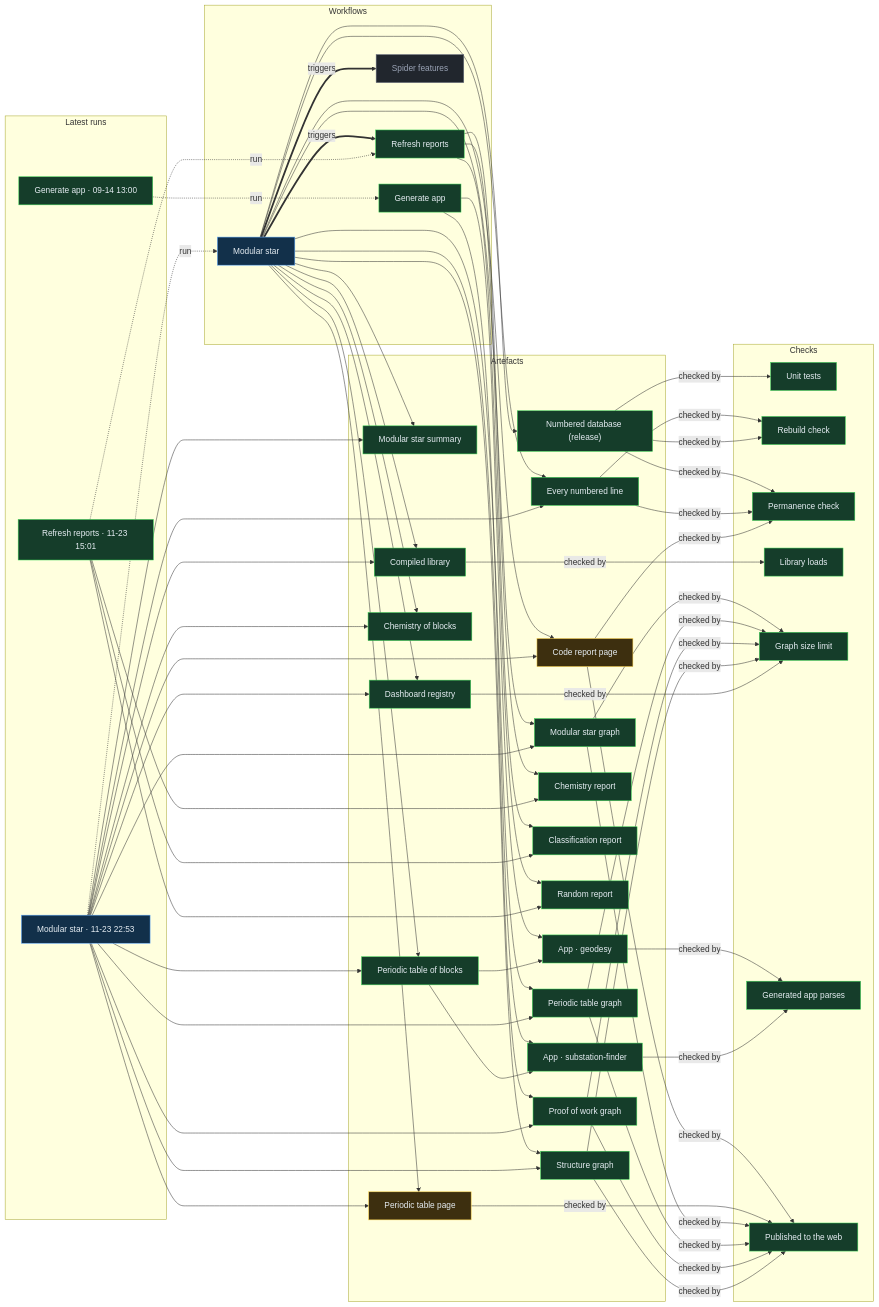
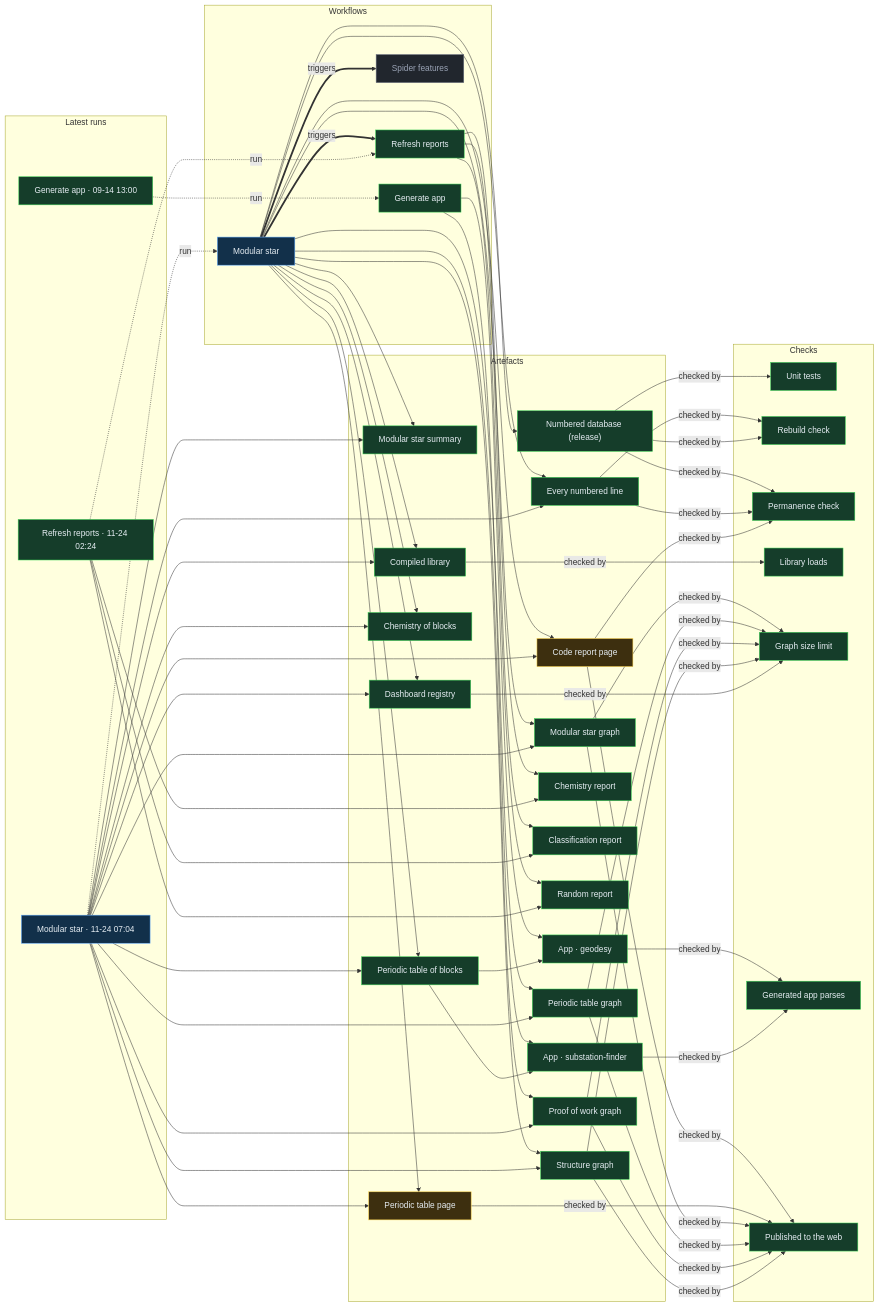
The diagram in proof/PROOF.md (Ventusltd/stars), drawn with Mermaid before and after one commit. The commit also changed other lines of this file and 68 other files, not shown here.

Commit message:
Modular star 2026-11-24T07:07Z

```diff
--- a/proof/PROOF.md
+++ b/proof/PROOF.md
@@ -24,8 +24,8 @@
   n_wf_spider_features["Spider features"]:::off
   end
   subgraph g_runs["Latest runs"]
-  n_run_45283924493["Modular star · 11-23 22:53"]:::live
-  n_run_45200555552["Refresh reports · 11-23 15:01"]:::ok
+  n_run_45345161452["Modular star · 11-24 07:04"]:::live
+  n_run_45312154422["Refresh reports · 11-24 02:24"]:::ok
   n_run_34846587798["Generate app · 09-14 13:00"]:::ok
   end
   subgraph g_artefacts["Artefacts"]
@@ -59,39 +59,39 @@
   end
   n_wf_modular_star == triggers ==> n_wf_refresh
   n_wf_modular_star == triggers ==> n_wf_spider_features
-  n_run_45283924493 -. run .-> n_wf_modular_star
-  n_run_45200555552 -. run .-> n_wf_refresh
+  n_run_45345161452 -. run .-> n_wf_modular_star
+  n_run_45312154422 -. run .-> n_wf_refresh
   n_run_34846587798 -. run .-> n_wf_generate
   n_wf_modular_star --> n_art_summary
-  n_run_45283924493 --> n_art_summary
+  n_run_45345161452 --> n_art_summary
   n_wf_modular_star --> n_art_lines
-  n_run_45283924493 --> n_art_lines
+  n_run_45345161452 --> n_art_lines
   n_wf_modular_star --> n_art_code
-  n_run_45283924493 --> n_art_code
+  n_run_45345161452 --> n_art_code
   n_wf_modular_star --> n_art_modular_graph
-  n_run_45283924493 --> n_art_modular_graph
+  n_run_45345161452 --> n_art_modular_graph
   n_wf_modular_star --> n_art_blocks
-  n_run_45283924493 --> n_art_blocks
+  n_run_45345161452 --> n_art_blocks
   n_wf_modular_star --> n_art_table
-  n_run_45283924493 --> n_art_table
+  n_run_45345161452 --> n_art_table
   n_wf_modular_star --> n_art_blocks_graph
-  n_run_45283924493 --> n_art_blocks_graph
+  n_run_45345161452 --> n_art_blocks_graph
   n_wf_modular_star --> n_art_reactions
-  n_run_45283924493 --> n_art_reactions
+  n_run_45345161452 --> n_art_reactions
   n_wf_modular_star --> n_art_library
-  n_run_45283924493 --> n_art_library
+  n_run_45345161452 --> n_art_library
   n_wf_modular_star --> n_art_features
-  n_run_45283924493 --> n_art_features
+  n_run_45345161452 --> n_art_features
   n_wf_modular_star --> n_art_proof
-  n_run_45283924493 --> n_art_proof
+  n_run_45345161452 --> n_art_proof
   n_wf_modular_star --> n_art_structure
-  n_run_45283924493 --> n_art_structure
+  n_run_45345161452 --> n_art_structure
   n_wf_refresh --> n_art_chemistry
-  n_run_45200555552 --> n_art_chemistry
+  n_run_45312154422 --> n_art_chemistry
   n_wf_refresh --> n_art_vedic
-  n_run_45200555552 --> n_art_vedic
+  n_run_45312154422 --> n_art_vedic
   n_wf_refresh --> n_art_random
-  n_run_45200555552 --> n_art_random
+  n_run_45312154422 --> n_art_random
   n_wf_modular_star --> n_art_release
   n_wf_generate --> n_app_geodesy
   n_art_blocks --> n_app_geodesy
```
